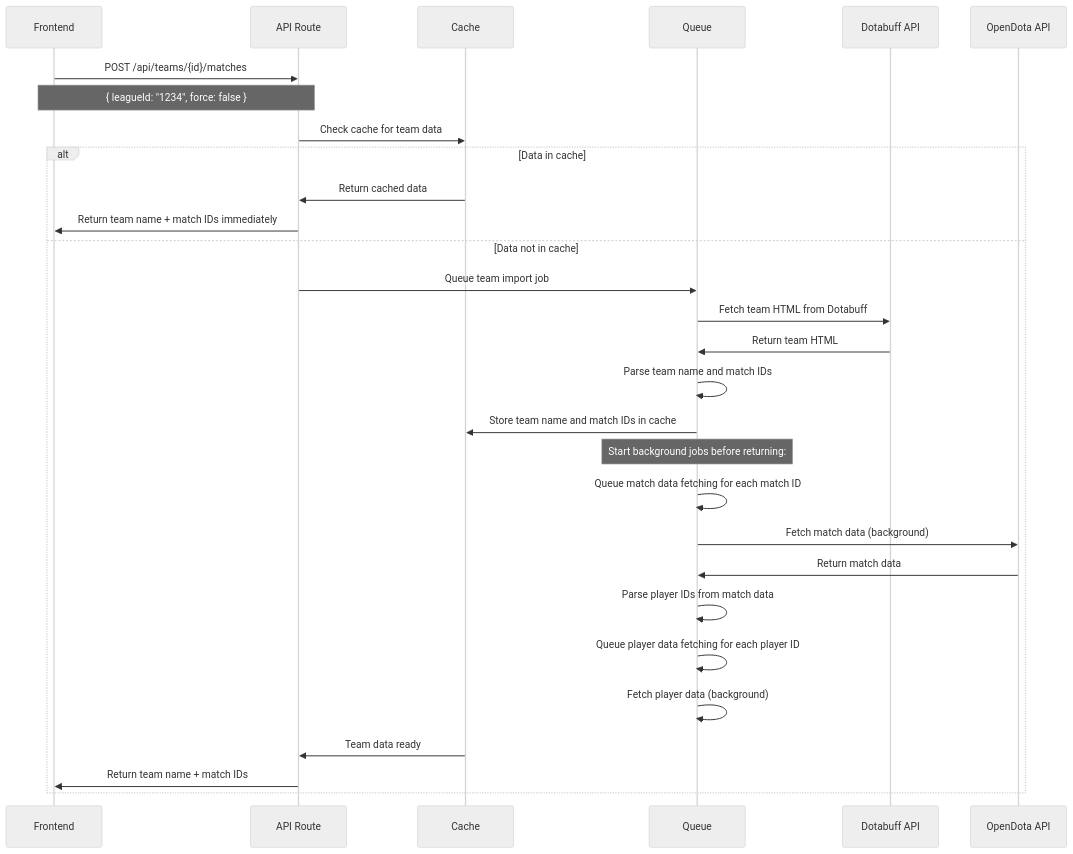
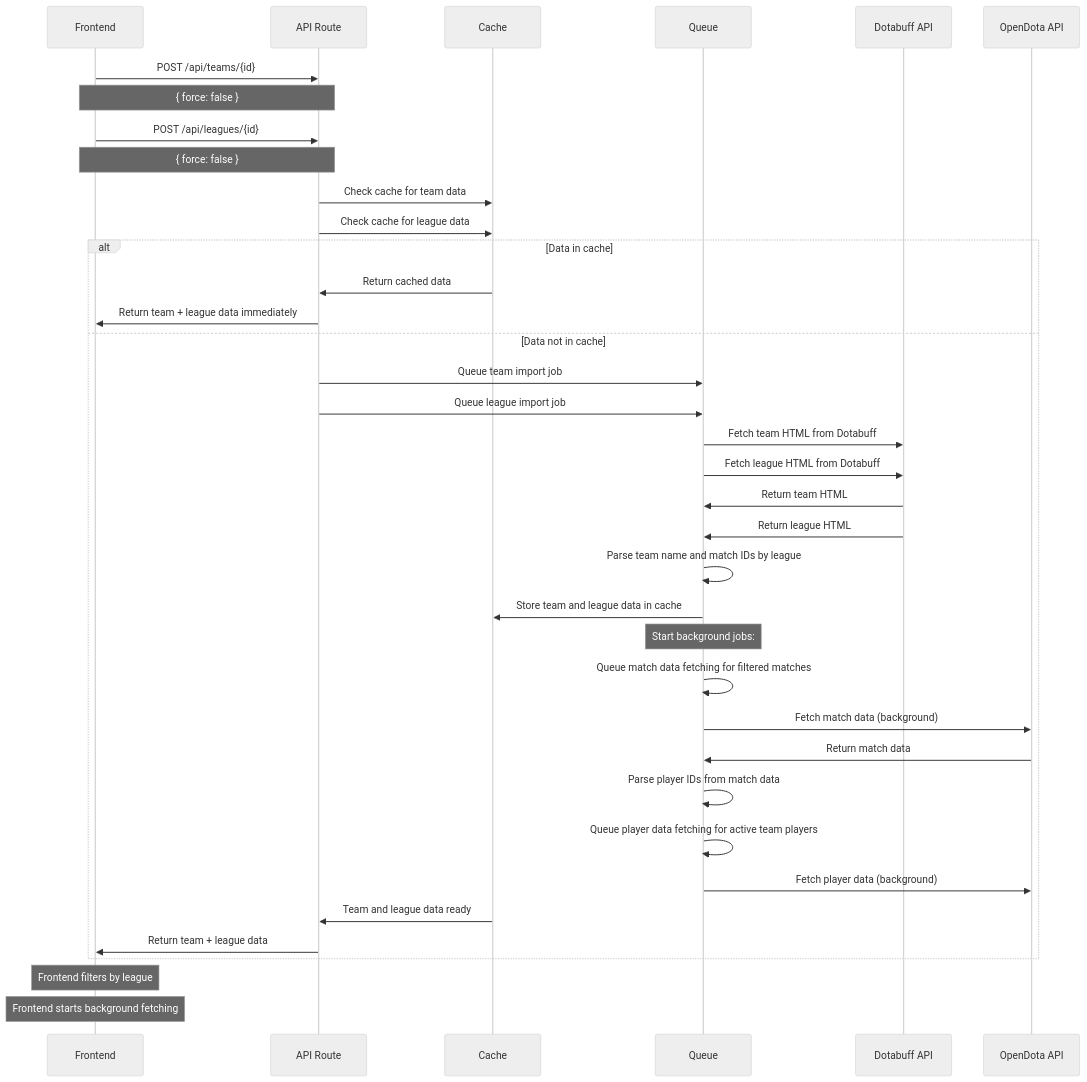
One commit to szarroug3/dota-data changed the second of 4 diagrams in docs/orchestration-implementation.md. Above: the diagram before and after it, drawn with Mermaid (neutral theme). The commit also changed other lines of this file and 341 other files, not shown here.

````diff
--- a/docs/orchestration-implementation.md
+++ b/docs/orchestration-implementation.md
@@ -215,36 +195,46 @@
 ```mermaid
 sequenceDiagram
     participant F as Frontend
     participant A as API Route
     participant C as Cache
     participant Q as Queue
     participant D as Dotabuff API
     participant O as OpenDota API
     
-    F->>A: POST /api/teams/{id}/matches
-    Note over F,A: { leagueId: "1234", force: false }
+    F->>A: POST /api/teams/{id}
+    Note over F,A: { force: false }
+    
+    F->>A: POST /api/leagues/{id}
+    Note over F,A: { force: false }
     
     A->>C: Check cache for team data
+    A->>C: Check cache for league data
     
     alt Data in cache
         C->>A: Return cached data
-        A->>F: Return team name + match IDs immediately
+        A->>F: Return team + league data immediately
     else Data not in cache
         A->>Q: Queue team import job
+        A->>Q: Queue league import job
         Q->>D: Fetch team HTML from Dotabuff
+        Q->>D: Fetch league HTML from Dotabuff
         D->>Q: Return team HTML
-        Q->>Q: Parse team name and match IDs
-        Q->>C: Store team name and match IDs in cache
+        D->>Q: Return league HTML
+        Q->>Q: Parse team name and match IDs by league
+        Q->>C: Store team and league data in cache
         
-        Note over Q: Start background jobs before returning:
-        Q->>Q: Queue match data fetching for each match ID
+        Note over Q: Start background jobs:
+        Q->>Q: Queue match data fetching for filtered matches
         Q->>O: Fetch match data (background)
         O->>Q: Return match data
         Q->>Q: Parse player IDs from match data
-        Q->>Q: Queue player data fetching for each player ID
-        Q->>Q: Fetch player data (background)
+        Q->>Q: Queue player data fetching for active team players
+        Q->>O: Fetch player data (background)
         
-        C->>A: Team data ready
-        A->>F: Return team name + match IDs
+        C->>A: Team and league data ready
+        A->>F: Return team + league data
     end
+    
+    Note over F: Frontend filters by league
+    Note over F: Frontend starts background fetching
 ```
````
